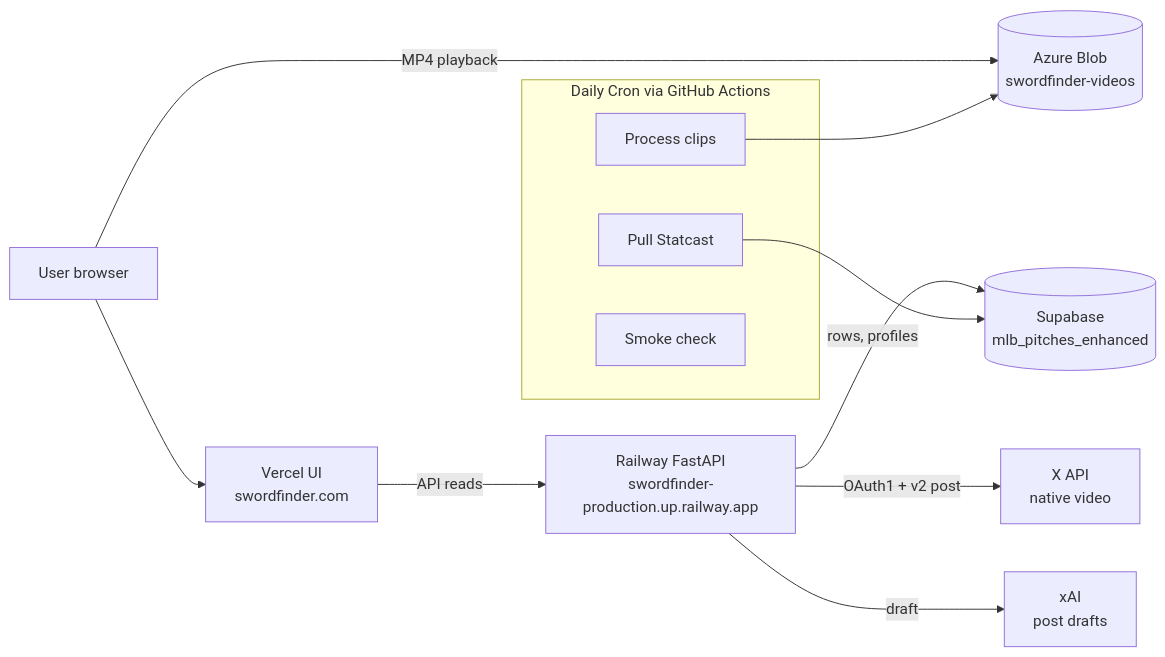
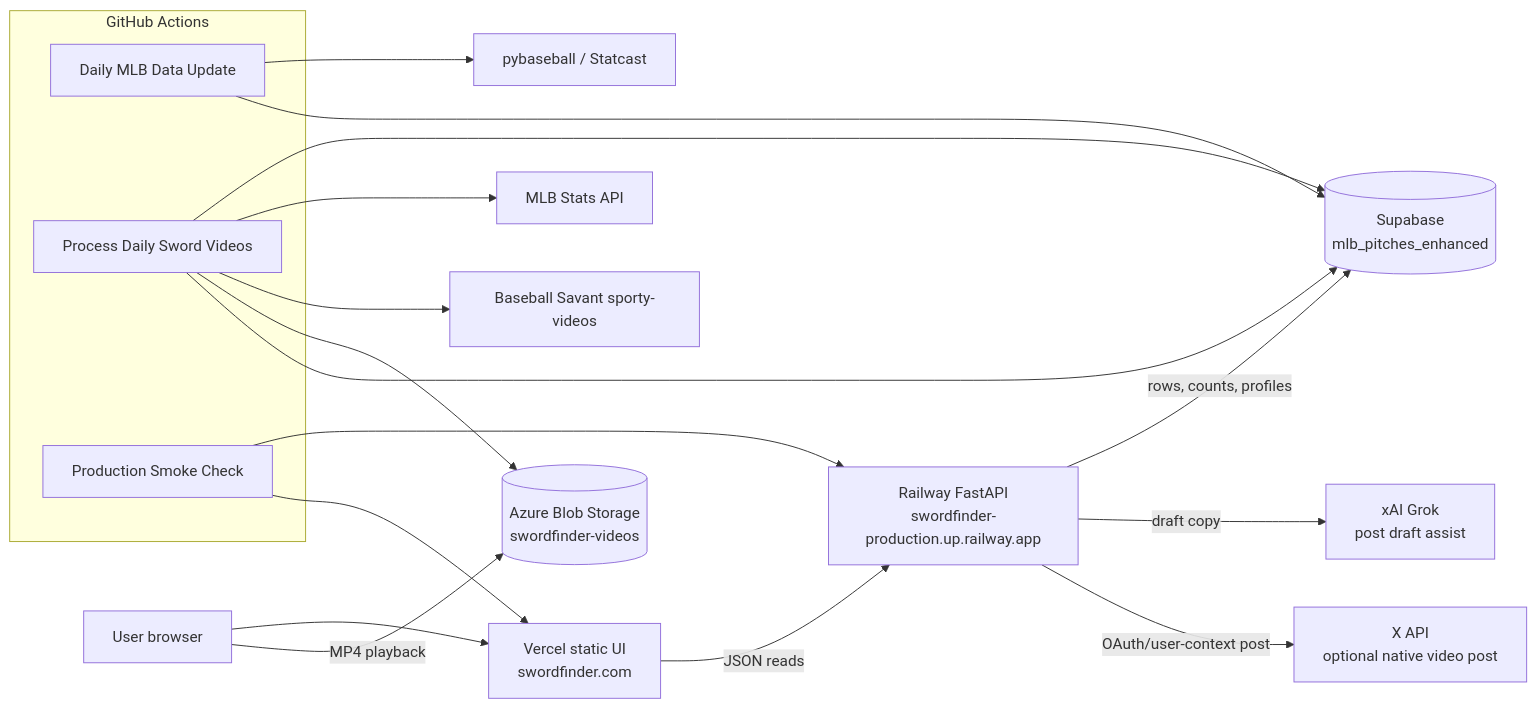
One commit to joewilsonai/SwordFinder changed the diagram in README.md. Above: the diagram before and after it, drawn with Mermaid. The commit also changed other lines of this file and 3 other files, not shown here.

````diff
--- a/README.md
+++ b/README.md
@@ -41,26 +53,37 @@
 ```mermaid
 flowchart LR
-    user[User browser]
-    vercel[Vercel UI<br/>swordfinder.com]
-    api[Railway FastAPI<br/>swordfinder-production.up.railway.app]
-    db[(Supabase<br/>mlb_pitches_enhanced)]
-    azure[(Azure Blob<br/>swordfinder-videos)]
-    xai[xAI<br/>post drafts]
-    xapi[X API<br/>native video]
+    user["User browser"]
+    vercel["Vercel static UI<br/>swordfinder.com"]
+    api["Railway FastAPI<br/>swordfinder-production.up.railway.app"]
+    db[("Supabase<br/>mlb_pitches_enhanced")]
+    azure[("Azure Blob Storage<br/>swordfinder-videos")]
+    xai["xAI Grok<br/>post draft assist"]
+    xapi["X API<br/>optional native video post"]
 
     user --> vercel
-    vercel -->|API reads| api
-    api -->|rows, profiles| db
-    api -->|draft| xai
-    api -->|OAuth1 + v2 post| xapi
-    user -->|MP4 playback| azure
+    vercel -->|"JSON reads"| api
+    api -->|"rows, counts, profiles"| db
+    api -->|"draft copy"| xai
+    api -->|"OAuth/user-context post"| xapi
+    user -->|"MP4 playback"| azure
 
-    subgraph Daily Cron via GitHub Actions
-        daily[Pull Statcast]
-        videos[Process clips]
-        smoke[Smoke check]
+    subgraph "GitHub Actions"
+      daily["Daily MLB Data Update"]
+      videos["Process Daily Sword Videos"]
+      smoke["Production Smoke Check"]
     end
 
+    statcast["pybaseball / Statcast"]
+    mlb["MLB Stats API"]
+    savant["Baseball Savant sporty-videos"]
+
+    daily --> statcast
     daily --> db
+    videos --> db
+    videos --> mlb
+    videos --> savant
     videos --> azure
+    videos --> db
+    smoke --> api
+    smoke --> vercel
 ```
````
